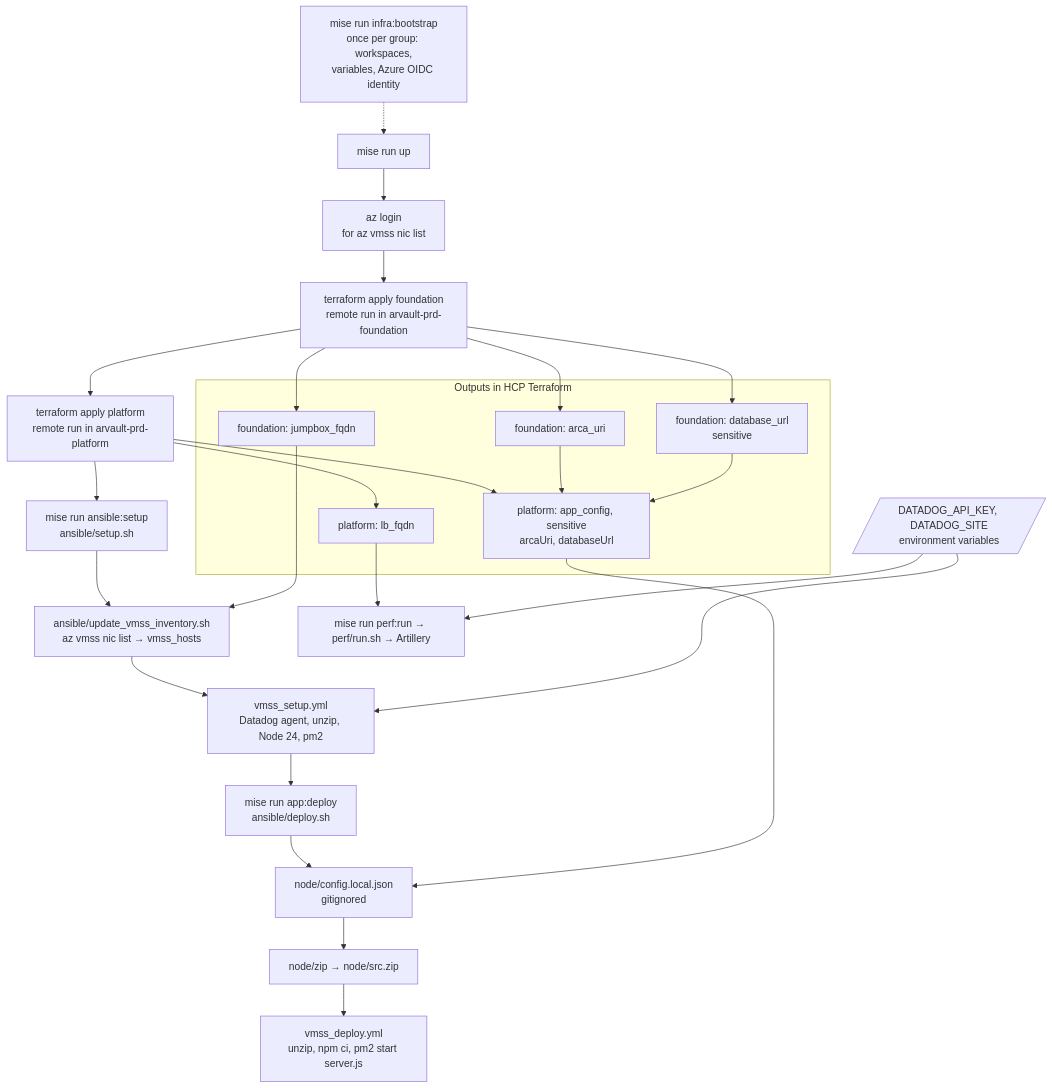
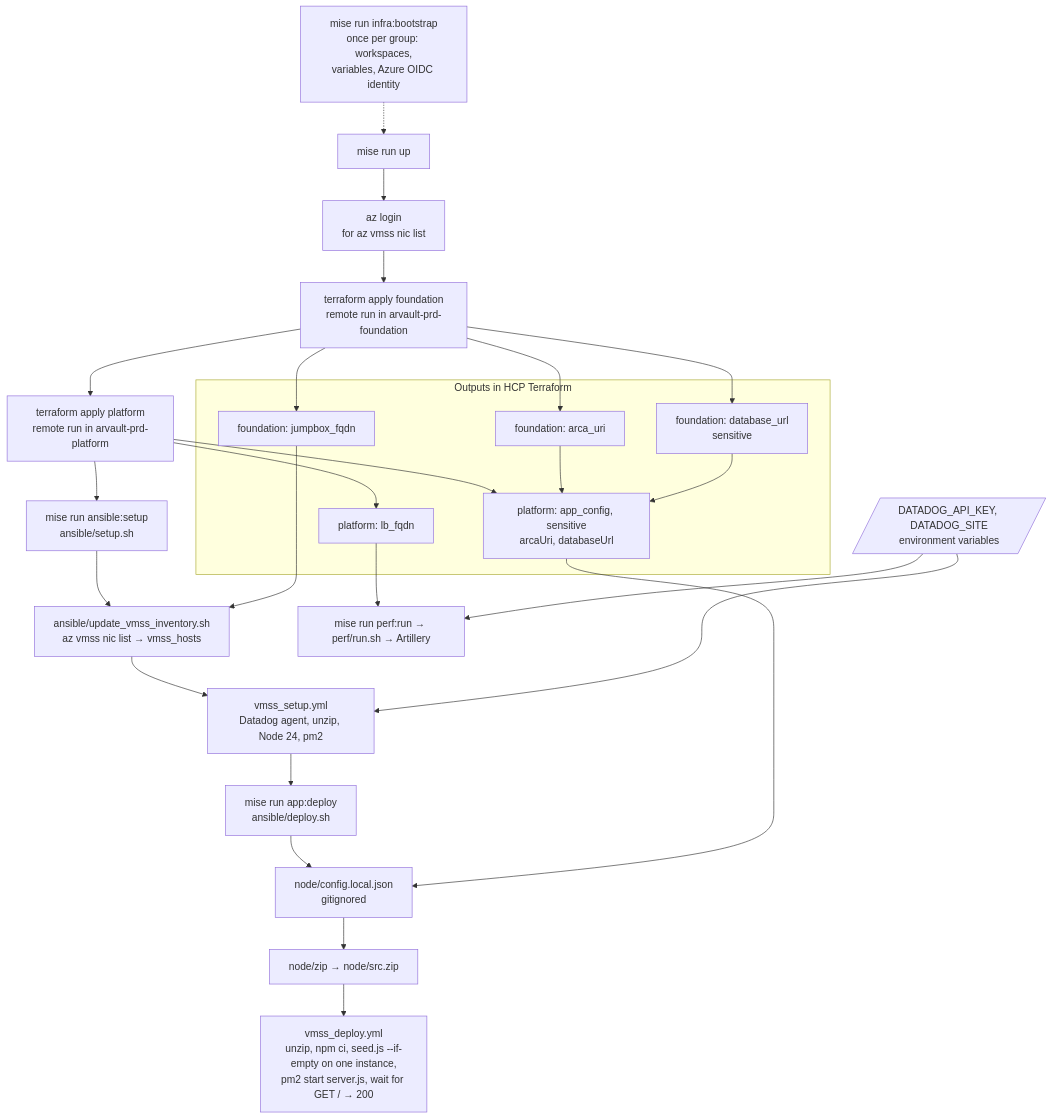
Before and after one commit to tcorzo/fiuba-2026C2-arq-tp2: the third of 3 diagrams in docs/infra/overview.md, drawn with Mermaid. The commit also changed 4 other files, not shown here.

First line of the commit message:
feat(ansible): seed the database and wait for the app on deploy

````diff
--- a/docs/infra/overview.md
+++ b/docs/infra/overview.md
@@ -172,42 +172,42 @@
 ```mermaid
 flowchart TD
     boot[mise run infra:bootstrap<br/>once per group: workspaces,<br/>variables, Azure OIDC identity]
     start[mise run up]
     login[az login<br/>for az vmss nic list]
     applyf[terraform apply foundation<br/>remote run in arvault-prd-foundation]
     apply[terraform apply platform<br/>remote run in arvault-prd-platform]
 
     boot -.-> start
     start --> login --> applyf --> apply
 
     subgraph outputs["Outputs in HCP Terraform"]
         jb[foundation: jumpbox_fqdn]
         arca[foundation: arca_uri]
         dburl[foundation: database_url<br/>sensitive]
         lbo[platform: lb_fqdn]
         appcfg[platform: app_config, sensitive<br/>arcaUri, databaseUrl]
     end
 
     applyf --> jb & arca & dburl
     apply --> lbo & appcfg
     arca & dburl --> appcfg
 
     setup[mise run ansible:setup<br/>ansible/setup.sh]
     inv[ansible/update_vmss_inventory.sh<br/>az vmss nic list → vmss_hosts]
     pbsetup[vmss_setup.yml<br/>Datadog agent, unzip, Node 24, pm2]
     ddkey[/DATADOG_API_KEY, DATADOG_SITE<br/>environment variables/]
     deploy[mise run app:deploy<br/>ansible/deploy.sh]
     cfg[node/config.local.json<br/>gitignored]
     zip[node/zip → node/src.zip]
-    pbdeploy[vmss_deploy.yml<br/>unzip, npm ci, pm2 start server.js]
+    pbdeploy[vmss_deploy.yml<br/>unzip, npm ci, seed.js --if-empty on one instance,<br/>pm2 start server.js, wait for GET / → 200]
 
     apply --> setup --> inv --> pbsetup
     jb --> inv
     ddkey --> pbsetup
     pbsetup --> deploy --> cfg --> zip --> pbdeploy
     appcfg --> cfg
 
     perf[mise run perf:run → perf/run.sh → Artillery]
     lbo --> perf
     ddkey --> perf
 ```
````
